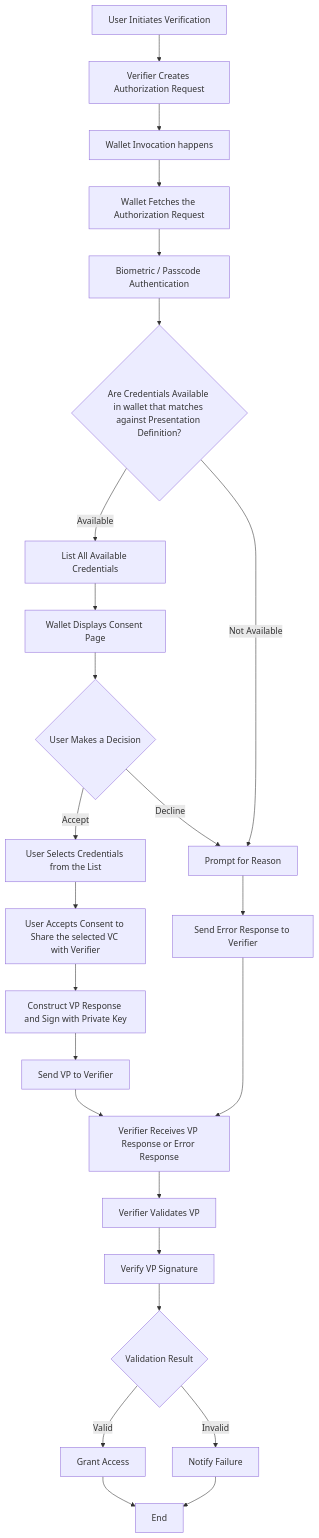
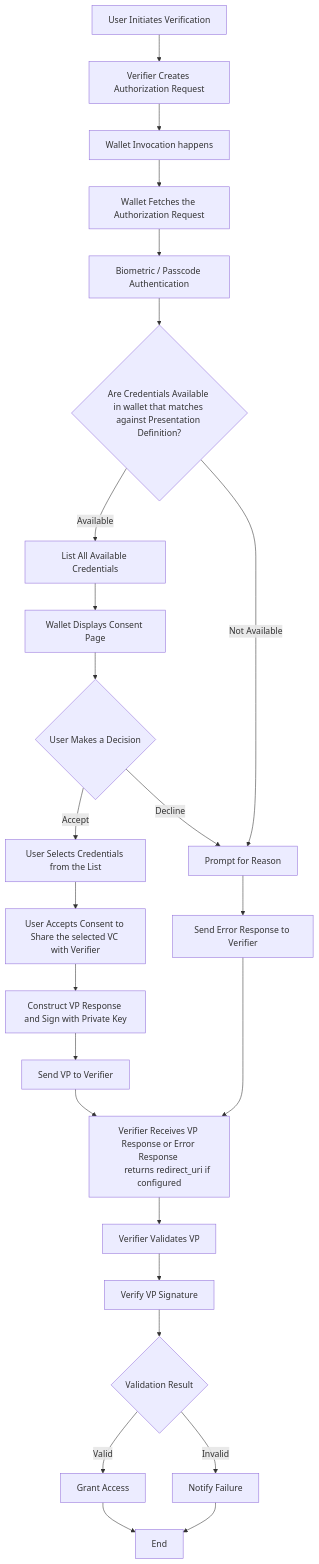
One commit to mosip/inji-verify changed the diagram in docs/OpenID4VPSameDeviceFlow.md. Above: the diagram before and after it, drawn with Mermaid. The commit also changed other lines of this file and 2 other files, not shown here.

````diff
--- a/docs/OpenID4VPSameDeviceFlow.md
+++ b/docs/OpenID4VPSameDeviceFlow.md
@@ -54,27 +72,28 @@
 ```mermaid
 flowchart TD
 A[User Initiates Verification] --> B[Verifier Creates Authorization Request]
 B --> C[Wallet Invocation happens]
 C --> D[Wallet Fetches the Authorization Request]
 D --> E[Biometric / Passcode Authentication]
 E --> F{Are Credentials Available in wallet that matches against Presentation Definition?}
 F -- Available --> G[List All Available Credentials]
 G --> H[Wallet Displays Consent Page]
 H --> I{User Makes a Decision}
 I -- Accept --> J[User Selects Credentials from the List]
 I -- Decline --> K[Prompt for Reason]
 J --> L[User Accepts Consent to Share the selected VC with Verifier]
 L --> M[Construct VP Response and Sign with Private Key]
 M --> N[Send VP to Verifier]
 K --> N1[Send Error Response to Verifier]
-N --> O[Verifier Receives VP Response or Error Response]
+N --> O[Verifier Receives VP Response or Error Response 
+        returns redirect_uri if configured]
 N1 --> O
 O --> P[Verifier Validates VP]
 P --> Q[Verify VP Signature]
 Q --> R{Validation Result}
 R -- Valid --> S[Grant Access]
 R -- Invalid --> T[Notify Failure]
 S --> U[End]
 T --> U
 F -- Not Available --> K[Prompt for Reason]
 ```
````
